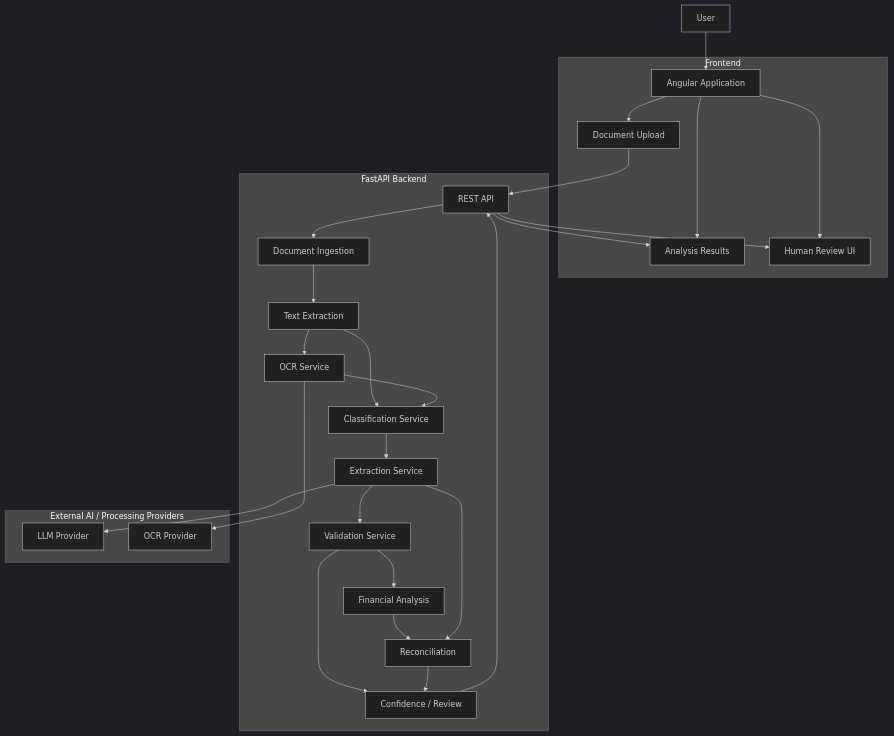
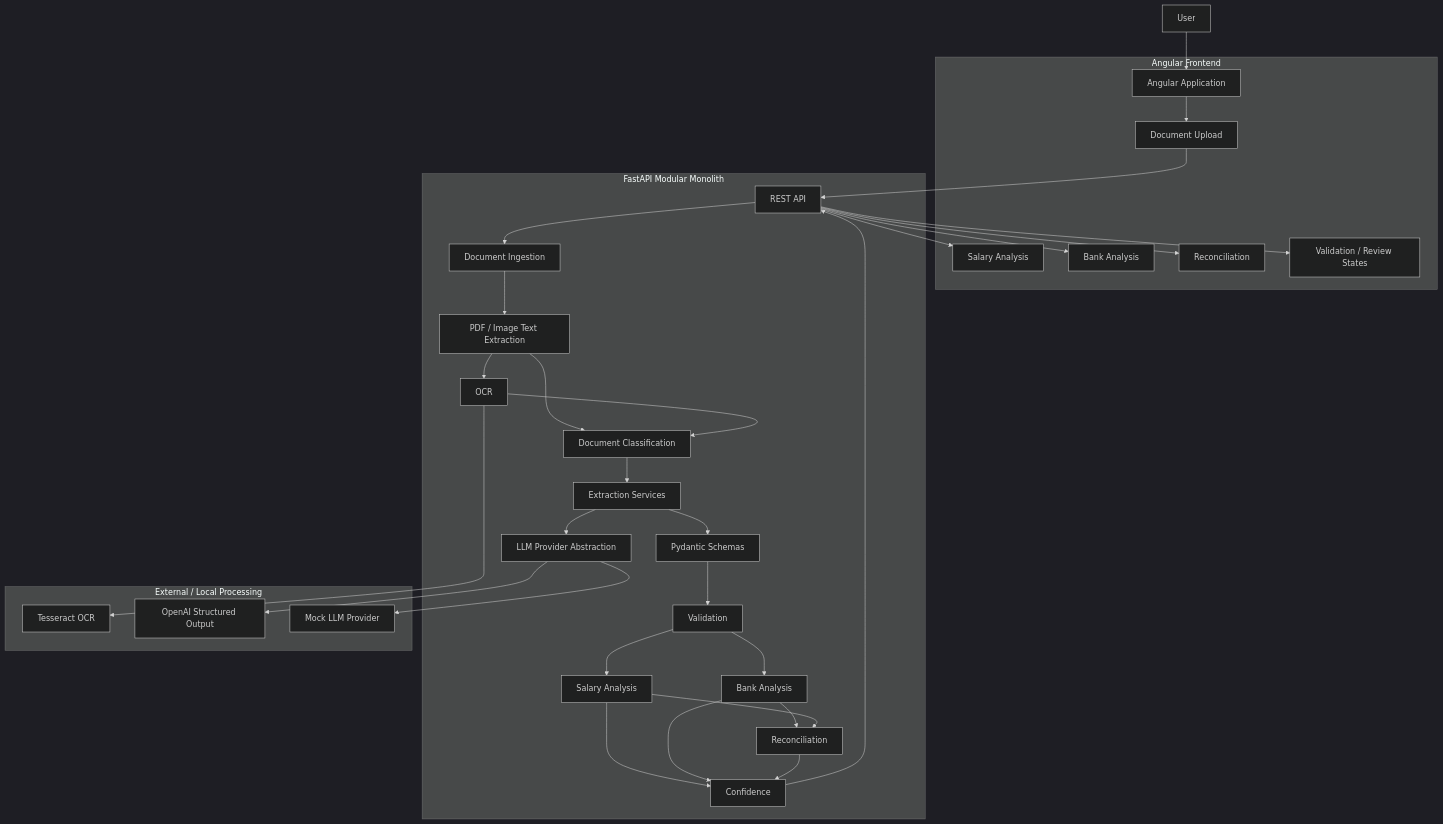
One commit to SAHILDAS/financial-document-analyzer changed the first of 8 diagrams in ARCHITECTURE.md. Above: the diagram before and after it, drawn with Mermaid (dark theme). The commit also changed other lines of this file and 5 other files, not shown here.

Commit message:
chore: finalize financial document analyzer

````diff
--- a/ARCHITECTURE.md
+++ b/ARCHITECTURE.md
@@ -142,63 +157,73 @@
 ```mermaid
 flowchart TD
-
     USER[User]
 
-    subgraph FRONTEND["Frontend"]
+    subgraph FRONTEND["Angular Frontend"]
         UI[Angular Application]
         UPLOAD[Document Upload]
-        RESULTS[Analysis Results]
-        REVIEW[Human Review UI]
+        SALARY_UI[Salary Analysis]
+        BANK_UI[Bank Analysis]
+        RECON_UI[Reconciliation]
+        REVIEW[Validation / Review States]
     end
 
-    subgraph BACKEND["FastAPI Backend"]
+    subgraph BACKEND["FastAPI Modular Monolith"]
         API[REST API]
+        ING[Document Ingestion]
+        TEXT[PDF / Image Text Extraction]
+        OCR[OCR]
+        CLS[Document Classification]
 
-        ING[Document Ingestion]
-        TEXT[Text Extraction]
-        OCR[OCR Service]
-        CLS[Classification Service]
-        EXT[Extraction Service]
-        VAL[Validation Service]
-        ANA[Financial Analysis]
-        REC[Reconciliation]
-        CONF[Confidence / Review]
+        EXT[Extraction Services]
+        PROVIDER[LLM Provider Abstraction]
+
+        SCHEMA[Pydantic Schemas]
+        VAL[Validation]
+        SALARY[Salary Analysis]
+        BANK[Bank Analysis]
+        RECON[Reconciliation]
+        CONF[Confidence]
     end
 
-    subgraph EXTERNAL["External AI / Processing Providers"]
-        LLM[LLM Provider]
-        OCR_PROVIDER[OCR Provider]
+    subgraph PROVIDERS["External / Local Processing"]
+        TESS[Tesseract OCR]
+        OPENAI[OpenAI Structured Output]
+        MOCK[Mock LLM Provider]
     end
 
     USER --> UI
-
     UI --> UPLOAD
-    UI --> RESULTS
-    UI --> REVIEW
-
     UPLOAD --> API
 
     API --> ING
     ING --> TEXT
     TEXT --> OCR
-    OCR --> OCR_PROVIDER
+    OCR --> TESS
 
     TEXT --> CLS
     OCR --> CLS
 
     CLS --> EXT
-    EXT --> LLM
+    EXT --> PROVIDER
+    PROVIDER --> OPENAI
+    PROVIDER --> MOCK
 
-    EXT --> VAL
-    VAL --> ANA
-    VAL --> CONF
+    EXT --> SCHEMA
+    SCHEMA --> VAL
 
-    ANA --> REC
-    EXT --> REC
+    VAL --> SALARY
+    VAL --> BANK
 
-    REC --> CONF
+    BANK --> RECON
+    SALARY --> RECON
+
+    SALARY --> CONF
+    BANK --> CONF
+    RECON --> CONF
+
     CONF --> API
-
-    API --> RESULTS
+    API --> SALARY_UI
+    API --> BANK_UI
+    API --> RECON_UI
     API --> REVIEW
 ```
````
